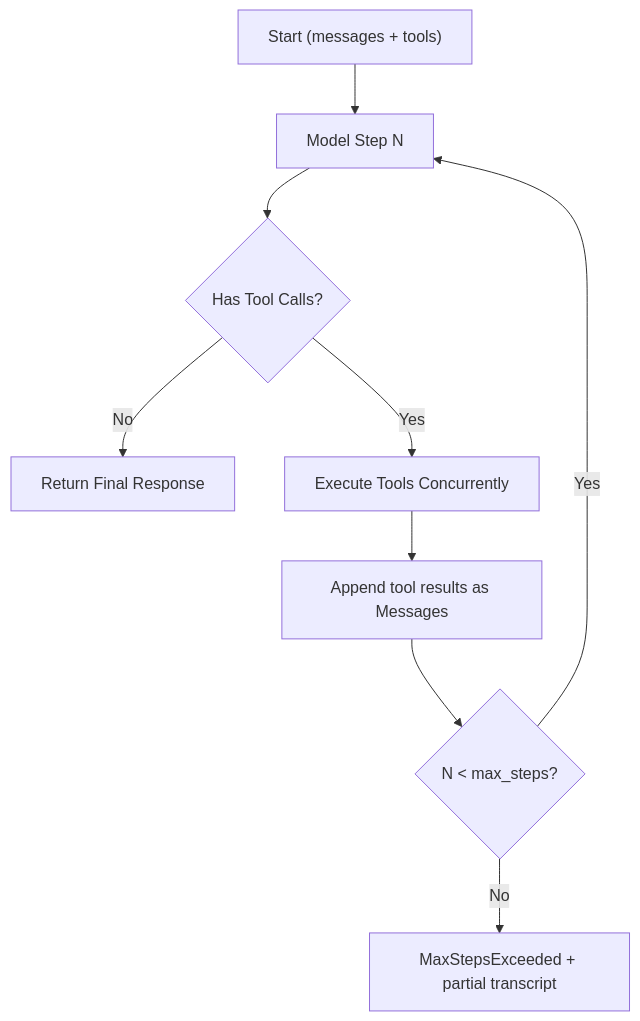
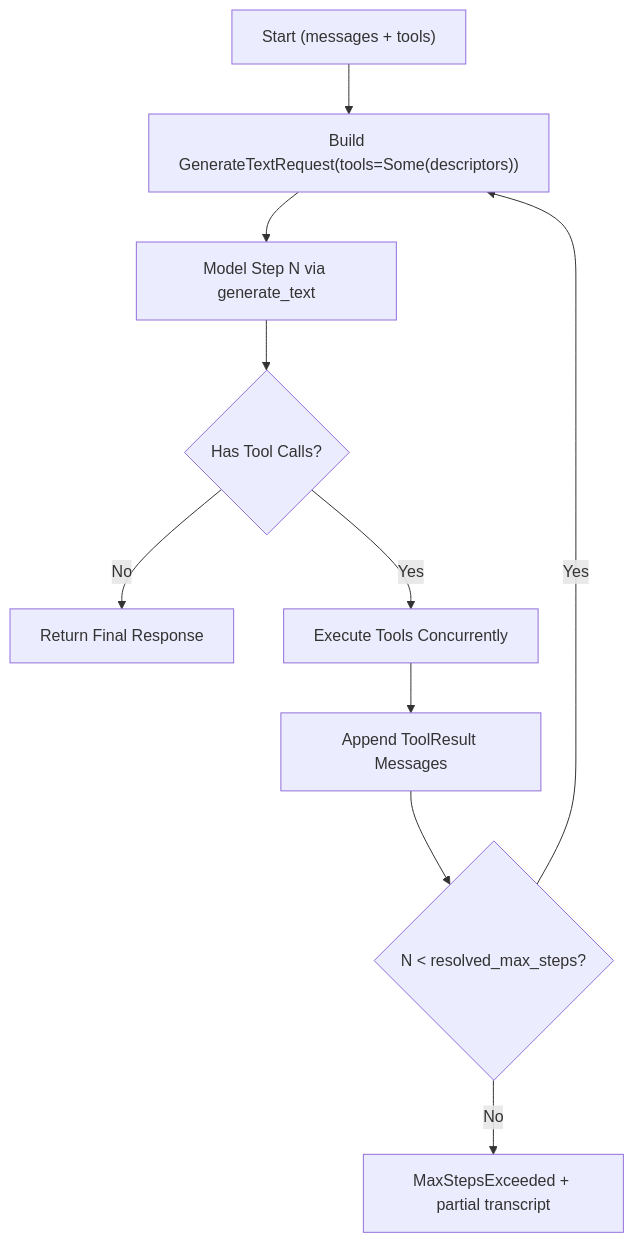
The diagram in docs/01-architecture.md (minorcell/Oxide), drawn with Mermaid before and after one commit. The commit also changed other lines of this file and 11 other files, not shown here.

````diff
--- a/docs/01-architecture.md
+++ b/docs/01-architecture.md
@@ -52,11 +54,12 @@
 ```mermaid
 flowchart TD
-    A["Start (messages + tools)"] --> B["Model Step N"]
-    B --> C{"Has Tool Calls?"}
-    C -- "No" --> D["Return Final Response"]
-    C -- "Yes" --> E["Execute Tools Concurrently"]
-    E --> F["Append tool results as Messages"]
-    F --> G{"N < max_steps?"}
-    G -- "Yes" --> B
-    G -- "No" --> H["MaxStepsExceeded + partial transcript"]
+    A["Start (messages + tools)"] --> B["Build GenerateTextRequest(tools=Some(descriptors))"]
+    B --> C["Model Step N via generate_text"]
+    C --> D{"Has Tool Calls?"}
+    D -- "No" --> E["Return Final Response"]
+    D -- "Yes" --> F["Execute Tools Concurrently"]
+    F --> G["Append ToolResult Messages"]
+    G --> H{"N < resolved_max_steps?"}
+    H -- "Yes" --> B
+    H -- "No" --> I["MaxStepsExceeded + partial transcript"]
 ```
````
